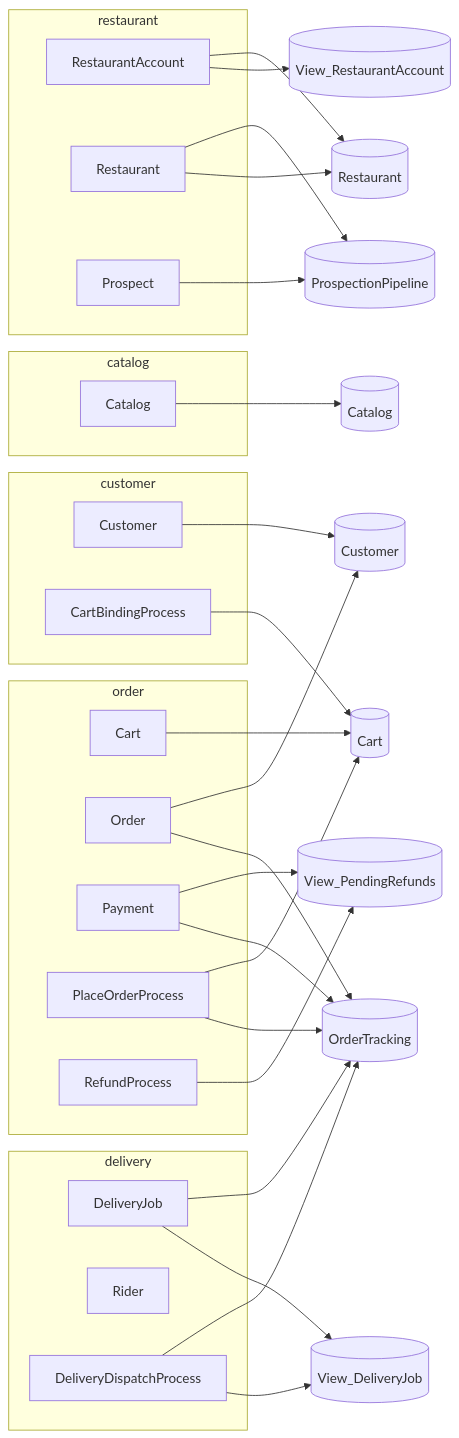
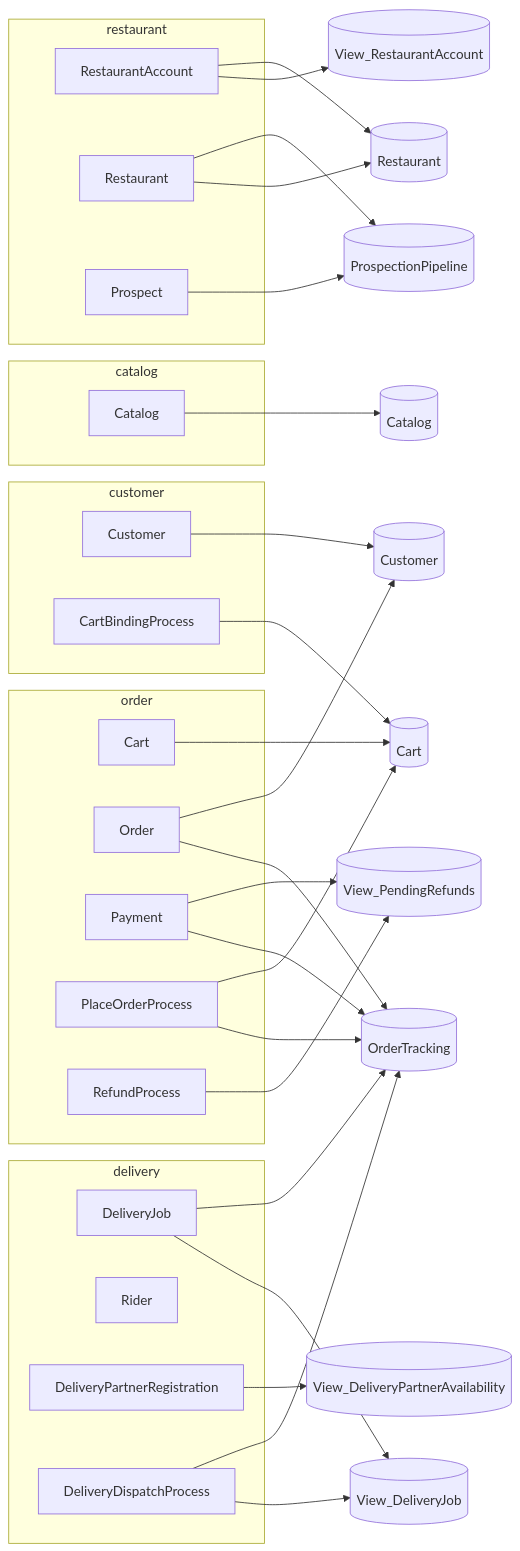
The second of 6 diagrams in specs/generated/c4.generated.md (TheCaptainCompany/captain-food), drawn with Mermaid before and after one commit. The commit also changed 45 other files, not shown here.

````diff
--- a/specs/generated/c4.generated.md
+++ b/specs/generated/c4.generated.md
@@ -64,56 +64,59 @@
 ```mermaid
 flowchart LR
   subgraph g_restaurant["restaurant"]
     a_RestaurantAccount["RestaurantAccount"]
     a_Restaurant["Restaurant"]
     a_Prospect["Prospect"]
   end
   subgraph g_catalog["catalog"]
     a_Catalog["Catalog"]
   end
   subgraph g_order["order"]
     a_Cart["Cart"]
     a_Order["Order"]
     a_Payment["Payment"]
     a_PlaceOrderProcess["PlaceOrderProcess"]
     a_RefundProcess["RefundProcess"]
   end
   subgraph g_customer["customer"]
     a_Customer["Customer"]
     a_CartBindingProcess["CartBindingProcess"]
   end
   subgraph g_delivery["delivery"]
     a_DeliveryJob["DeliveryJob"]
     a_Rider["Rider"]
+    a_DeliveryPartnerRegistration["DeliveryPartnerRegistration"]
     a_DeliveryDispatchProcess["DeliveryDispatchProcess"]
   end
   v_View_RestaurantAccount[("View_RestaurantAccount")]
   v_Restaurant[("Restaurant")]
   v_ProspectionPipeline[("ProspectionPipeline")]
+  v_View_DeliveryPartnerAvailability[("View_DeliveryPartnerAvailability")]
   v_Catalog[("Catalog")]
   v_Customer[("Customer")]
   v_Cart[("Cart")]
   v_OrderTracking[("OrderTracking")]
   v_View_PendingRefunds[("View_PendingRefunds")]
   v_View_DeliveryJob[("View_DeliveryJob")]
   a_RestaurantAccount --> v_View_RestaurantAccount
   a_RestaurantAccount --> v_Restaurant
   a_Restaurant --> v_Restaurant
   a_Restaurant --> v_ProspectionPipeline
   a_Prospect --> v_ProspectionPipeline
+  a_DeliveryPartnerRegistration --> v_View_DeliveryPartnerAvailability
   a_Catalog --> v_Catalog
   a_Customer --> v_Customer
   a_Cart --> v_Cart
   a_Order --> v_OrderTracking
   a_Order --> v_Customer
   a_Payment --> v_OrderTracking
   a_Payment --> v_View_PendingRefunds
   a_DeliveryJob --> v_View_DeliveryJob
   a_DeliveryJob --> v_OrderTracking
   a_PlaceOrderProcess --> v_OrderTracking
   a_PlaceOrderProcess --> v_Cart
   a_RefundProcess --> v_View_PendingRefunds
   a_CartBindingProcess --> v_Cart
   a_DeliveryDispatchProcess --> v_View_DeliveryJob
   a_DeliveryDispatchProcess --> v_OrderTracking
 ```
````
